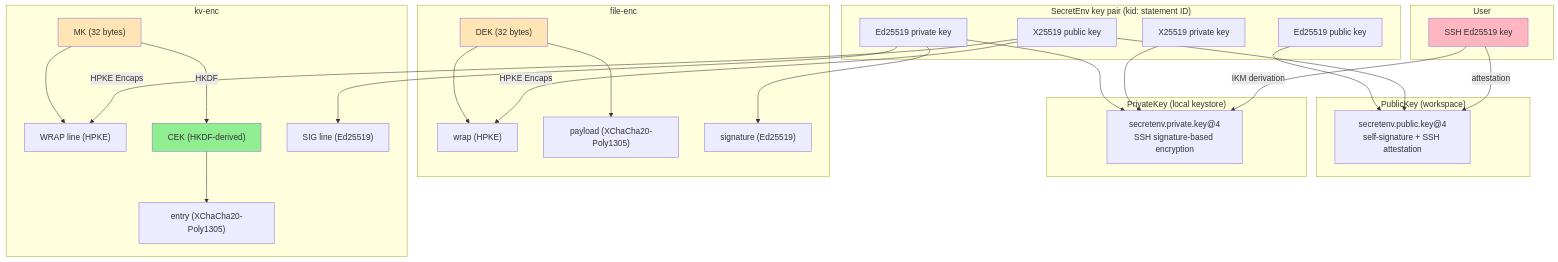
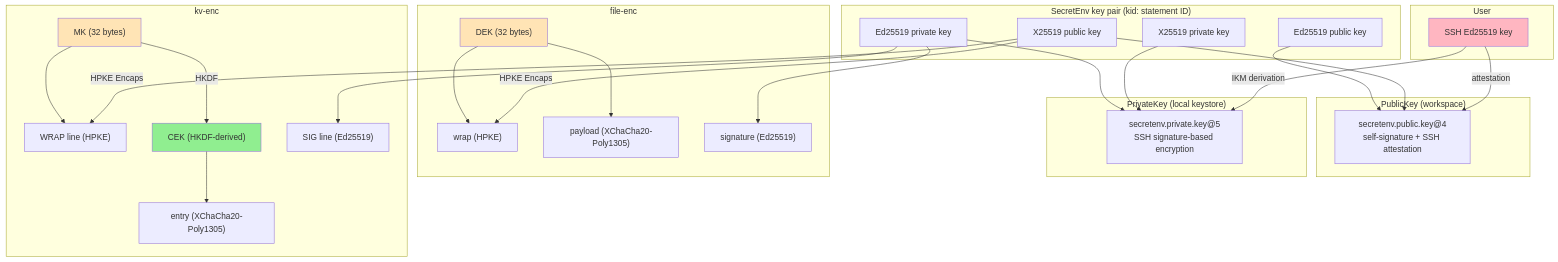
Before and after one commit to ebisawa/kapsaro: the sixth of 6 diagrams in guides/security_design_en.md, drawn with Mermaid. The commit also changed other lines of this file and 33 other files, not shown here.

First line of the commit message:
refactor: upgrade PrivateKey to v5 with separated salts and hardened Argon2id

````diff
--- a/guides/security_design_en.md
+++ b/guides/security_design_en.md
@@ -1523,59 +1522,59 @@
 ```mermaid
 graph TB
     subgraph user["User"]
         SSH["SSH Ed25519 key"]
     end
 
     subgraph secretenv_keys["SecretEnv key pair (kid: statement ID)"]
         KEM_PK["X25519 public key"]
         KEM_SK["X25519 private key"]
         SIG_PK["Ed25519 public key"]
         SIG_SK["Ed25519 private key"]
     end
 
     subgraph public_key["PublicKey (workspace)"]
         PK_DOC["secretenv.public.key@4<br/>self-signature + SSH attestation"]
     end
 
     subgraph private_key["PrivateKey (local keystore)"]
-        PK_ENC["secretenv.private.key@4<br/>SSH signature-based encryption"]
+        PK_ENC["secretenv.private.key@5<br/>SSH signature-based encryption"]
     end
 
     subgraph file_enc["file-enc"]
         DEK["DEK (32 bytes)"]
         FILE_WRAP["wrap (HPKE)"]
         FILE_PAYLOAD["payload (XChaCha20-Poly1305)"]
         FILE_SIG["signature (Ed25519)"]
     end
 
     subgraph kv_enc["kv-enc"]
         MK["MK (32 bytes)"]
         KV_WRAP["WRAP line (HPKE)"]
         CEK["CEK (HKDF-derived)"]
         ENTRY["entry (XChaCha20-Poly1305)"]
         KV_SIG["SIG line (Ed25519)"]
     end
 
     SSH -->|attestation| PK_DOC
     SSH -->|IKM derivation| PK_ENC
     KEM_PK --> PK_DOC
     SIG_PK --> PK_DOC
     KEM_SK --> PK_ENC
     SIG_SK --> PK_ENC
 
     KEM_PK -->|HPKE Encaps| FILE_WRAP
     KEM_PK -->|HPKE Encaps| KV_WRAP
     DEK --> FILE_WRAP
     DEK --> FILE_PAYLOAD
     SIG_SK --> FILE_SIG
 
     MK --> KV_WRAP
     MK -->|HKDF| CEK
     CEK --> ENTRY
     SIG_SK --> KV_SIG
 
     style SSH fill:#FFB6C1
     style DEK fill:#FFE4B5
     style MK fill:#FFE4B5
     style CEK fill:#90EE90
 ```
````
